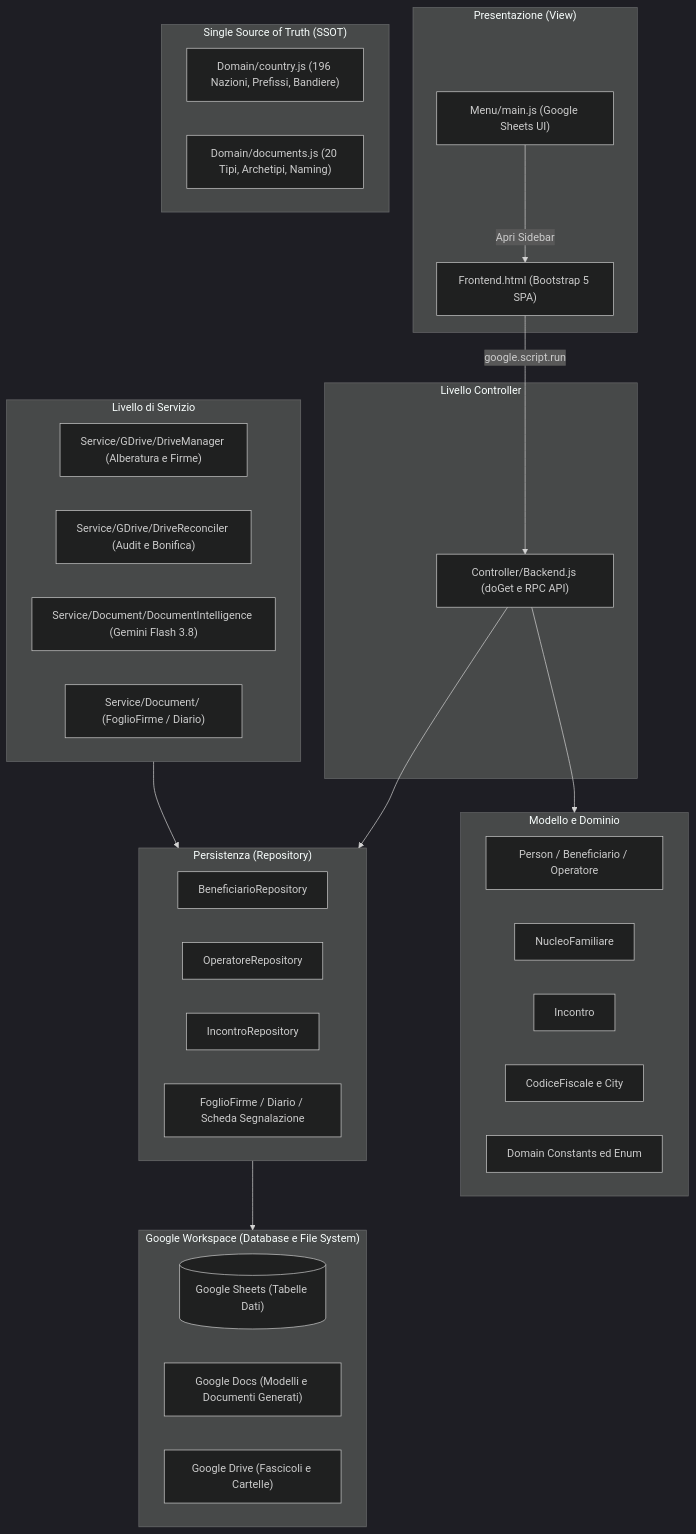
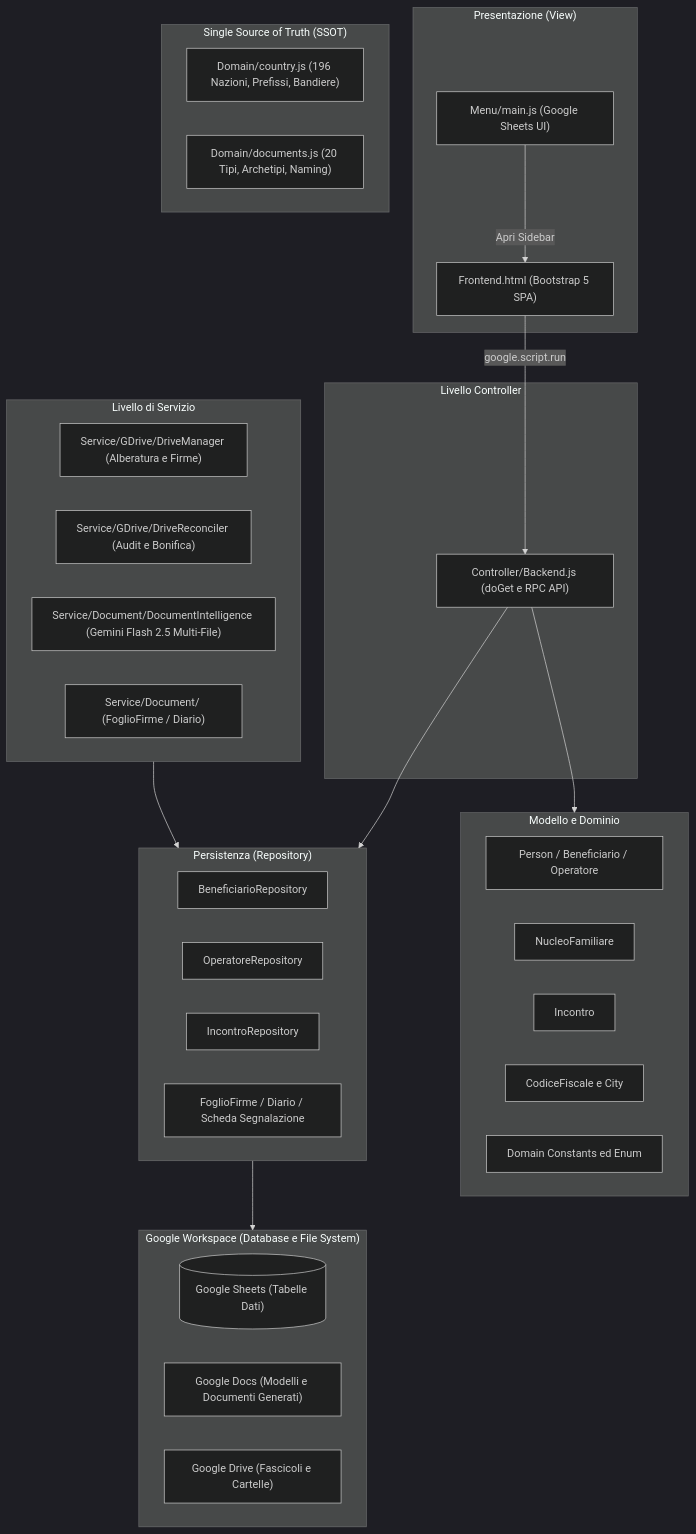
Before and after one commit to La-Bussola-dell-Abitare/gas-webapp: the diagram in README.md, drawn with Mermaid (dark theme). The commit also changed other lines of this file and 18 other files, not shown here.

Commit message:
feat: multi-file AI document upload, canvas compression, title case normalization, and drive archiving

````diff
--- a/README.md
+++ b/README.md
@@ -152,51 +152,51 @@
 ```mermaid
 flowchart TD
     subgraph View ["Presentazione (View)"]
         UI["Frontend.html (Bootstrap 5 SPA)"]
         Sidebar["Menu/main.js (Google Sheets UI)"]
     end
 
     subgraph Controller ["Livello Controller"]
         Backend["Controller/Backend.js (doGet e RPC API)"]
     end
 
     subgraph Domain ["Single Source of Truth (SSOT)"]
         Countries["Domain/country.js (196 Nazioni, Prefissi, Bandiere)"]
         Documents["Domain/documents.js (20 Tipi, Archetipi, Naming)"]
     end
 
     subgraph Service ["Livello di Servizio"]
         DriveMgr["Service/GDrive/DriveManager (Alberatura e Firme)"]
         DriveRec["Service/GDrive/DriveReconciler (Audit e Bonifica)"]
-        DocAI["Service/Document/DocumentIntelligence (Gemini Flash 3.8)"]
+        DocAI["Service/Document/DocumentIntelligence (Gemini Flash 2.5 Multi-File)"]
         DocGen["Service/Document/ (FoglioFirme / Diario)"]
     end
 
     subgraph Model ["Modello e Dominio"]
         Person["Person / Beneficiario / Operatore"]
         Nucleo["NucleoFamiliare"]
         Incontro["Incontro"]
         CF["CodiceFiscale e City"]
         Constants["Domain Constants ed Enum"]
     end
 
     subgraph Repository ["Persistenza (Repository)"]
         BenRepo["BeneficiarioRepository"]
         OpRepo["OperatoreRepository"]
         IncRepo["IncontroRepository"]
         DocRepo["FoglioFirme / Diario / Scheda Segnalazione"]
     end
 
     subgraph Storage ["Google Workspace (Database e File System)"]
         GSheets[("Google Sheets (Tabelle Dati)")]
         GDocs["Google Docs (Modelli e Documenti Generati)"]
         GDrive["Google Drive (Fascicoli e Cartelle)"]
     end
 
     UI -->|"google.script.run"| Backend
     Sidebar -->|"Apri Sidebar"| UI
     Backend --> Model
     Backend --> Repository
     Service --> Repository
     Repository --> Storage
 ```
````
